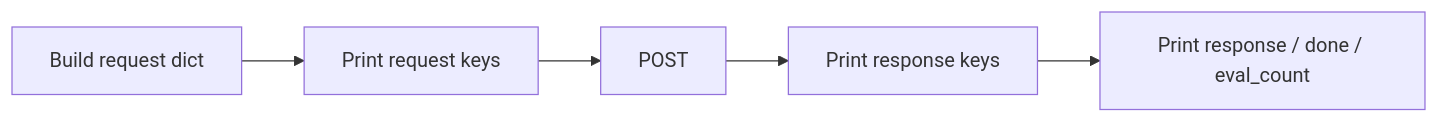
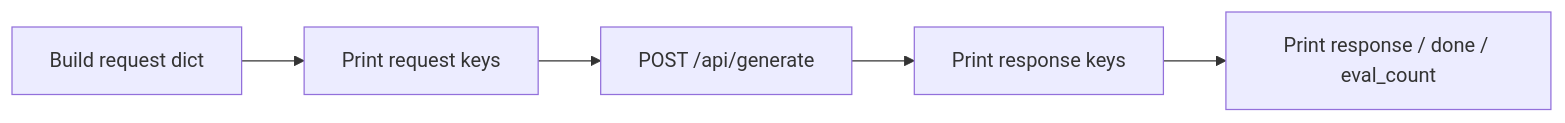
Before and after one commit to jacobbweber/AgenticAI-Labs: the diagram in education/00_atoms/lab2_read_the_json.md, drawn with Mermaid. The commit also changed other lines of this file, not shown here.

````diff
--- a/education/00_atoms/lab2_read_the_json.md
+++ b/education/00_atoms/lab2_read_the_json.md
@@ -33,7 +12,7 @@
 ```mermaid
 flowchart LR
     A["Build request dict"] --> B["Print request keys"]
-    B --> C["POST"]
+    B --> C["POST /api/generate"]
     C --> D["Print response keys"]
     D --> E["Print response / done / eval_count"]
 ```
````
